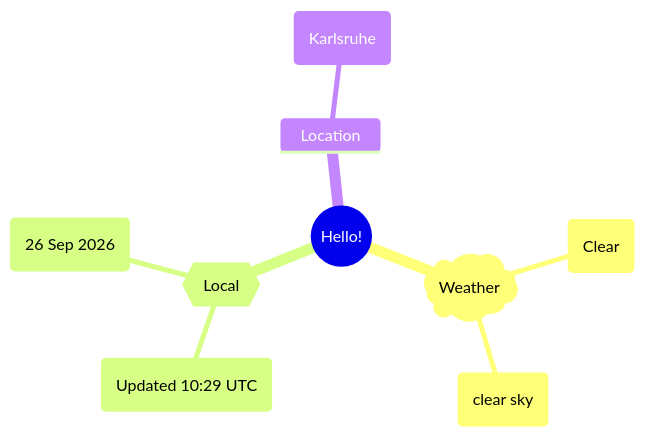
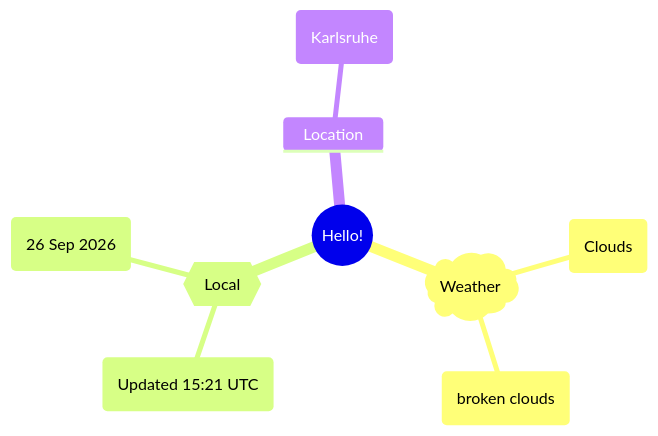
One commit to Xosrov/Xosrov changed the first of 2 diagrams in README.md. Above: the diagram before and after it, drawn with Mermaid.

Commit message:
[bot] updated images

````diff
--- a/README.md
+++ b/README.md
@@ -3,12 +3,12 @@
 ```mermaid
 mindmap
   root((Hello!))
     )Weather(
-        (Clear)
-        (clear sky)
+        (Clouds)
+        (broken clouds)
     {{Local}}
-        (Updated 10:29 UTC)
+        (Updated 15:21 UTC)
         (26 Sep 2026)
     Location
         (Karlsruhe)
 ```
````
